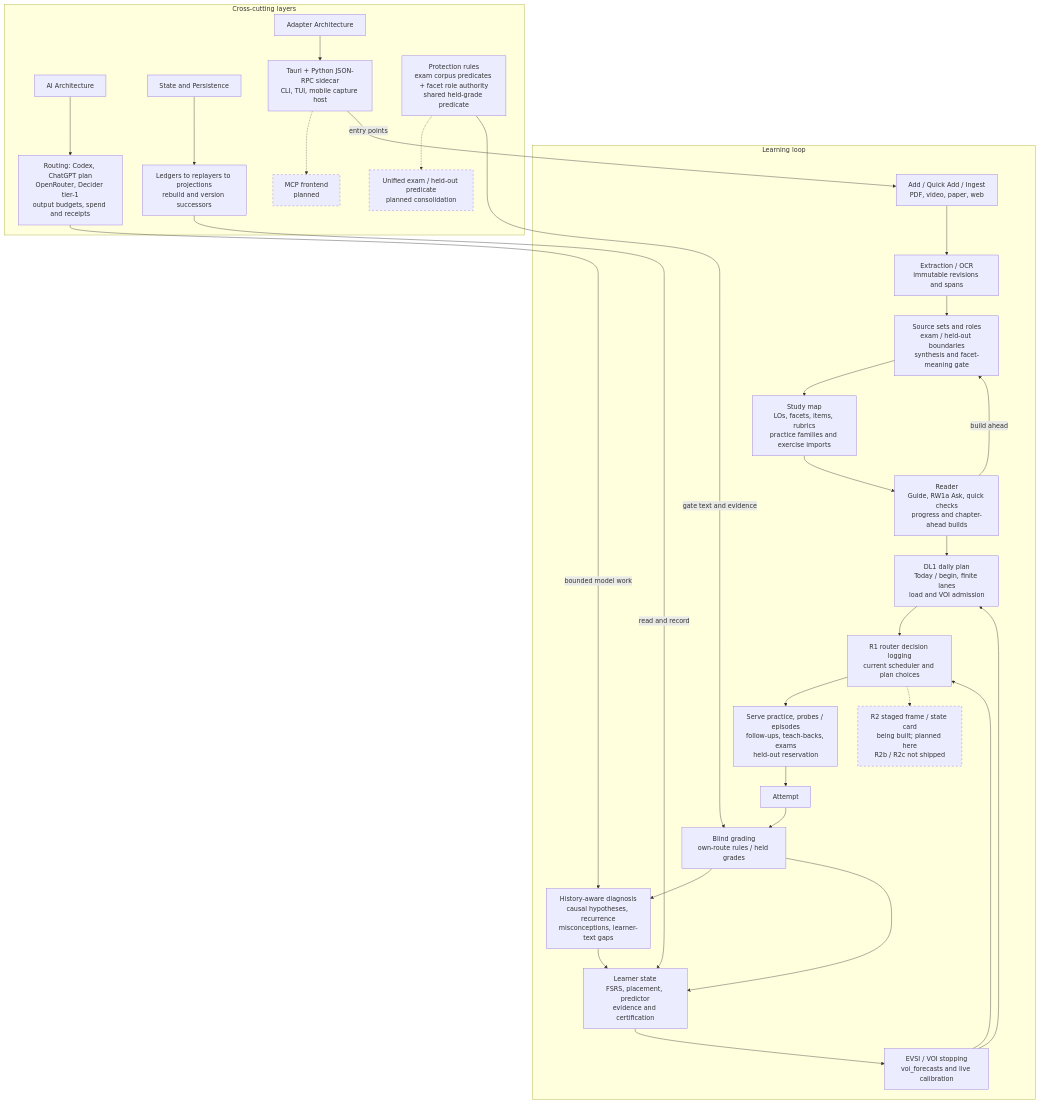
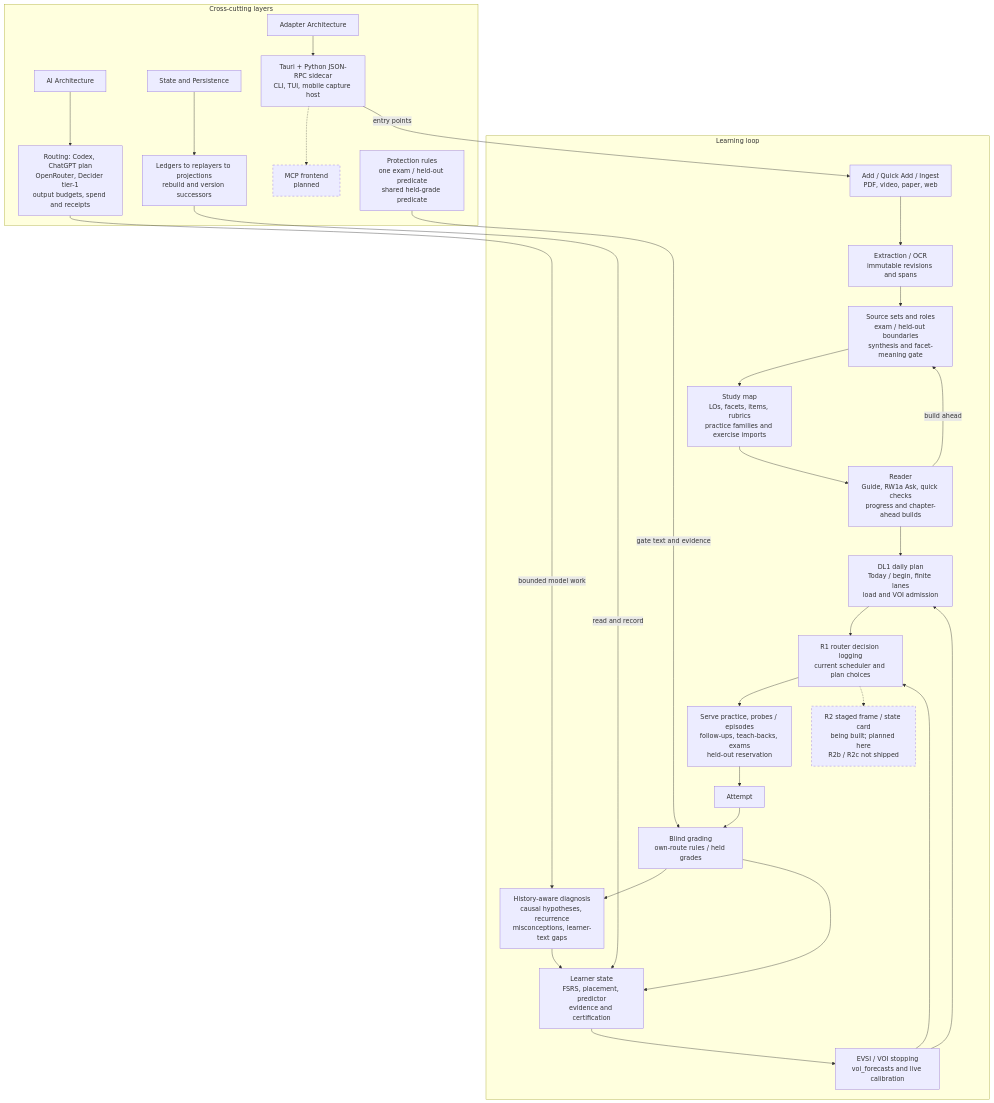
The first of 8 diagrams in docs/learnloop-architecture-vault/Maps/LearnLoop Pipeline Map.md (6up-b/learnanything), drawn with Mermaid before and after one commit. The commit also changed other lines of this file, not shown here.

Commit message:
Pipeline Map: exam protection is now one predicate (content/sources/exam_material.py)

````diff
--- a/docs/learnloop-architecture-vault/Maps/LearnLoop Pipeline Map.md
+++ b/docs/learnloop-architecture-vault/Maps/LearnLoop Pipeline Map.md
@@ -64,35 +65,34 @@
 ```mermaid
 flowchart TB
     subgraph LOOP[Learning loop]
         IN["Add / Quick Add / Ingest<br/>PDF, video, paper, web"] --> EX["Extraction / OCR<br/>immutable revisions and spans"]
         EX --> BUILD["Source sets and roles<br/>exam / held-out boundaries<br/>synthesis and facet-meaning gate"]
         BUILD --> MAP["Study map<br/>LOs, facets, items, rubrics<br/>practice families and exercise imports"]
         MAP --> READ["Reader<br/>Guide, RW1a Ask, quick checks<br/>progress and chapter-ahead builds"]
         READ --> PLAN["DL1 daily plan<br/>Today / begin, finite lanes<br/>load and VOI admission"]
         PLAN --> ROUTER["R1 router decision logging<br/>current scheduler and plan choices"]
         ROUTER --> SERVE["Serve practice, probes / episodes<br/>follow-ups, teach-backs, exams<br/>held-out reservation"]
         SERVE --> ATT["Attempt"] --> GRADE["Blind grading<br/>own-route rules / held grades"]
         GRADE --> DIAG["History-aware diagnosis<br/>causal hypotheses, recurrence<br/>misconceptions, learner-text gaps"]
         GRADE --> STATE["Learner state<br/>FSRS, placement, predictor<br/>evidence and certification"]
         DIAG --> STATE --> VOI["EVSI / VOI stopping<br/>voi_forecasts and live calibration"]
         VOI --> PLAN
         VOI --> ROUTER
         READ -->|build ahead| BUILD
         ROUTER -.-> R2["R2 staged frame / state card<br/>being built; planned here<br/>R2b / R2c not shipped"]
     end
     subgraph SIDE[Cross-cutting layers]
         AI["AI Architecture"] --> AID["Routing: Codex, ChatGPT plan<br/>OpenRouter, Decider tier-1<br/>output budgets, spend and receipts"]
         PERSIST["State and Persistence"] --> PD["Ledgers to replayers to projections<br/>rebuild and version successors"]
         ADAPT["Adapter Architecture"] --> AD["Tauri + Python JSON-RPC sidecar<br/>CLI, TUI, mobile capture host"]
         AD -.-> MCP["MCP frontend<br/>planned"]
-        GUARD["Protection rules<br/>exam corpus predicates + facet role authority<br/>shared held-grade predicate"]
-        GUARD -.-> ONE["Unified exam / held-out predicate<br/>planned consolidation"]
+        GUARD["Protection rules<br/>one exam / held-out predicate<br/>shared held-grade predicate"]
     end
     AID -->|bounded model work| DIAG
     PD -->|read and record| STATE
     AD -->|entry points| IN
     GUARD -->|gate text and evidence| GRADE
     class AI,PERSIST,ADAPT internal-link;
     classDef planned stroke-dasharray: 5 5;
-    class R2,MCP,ONE planned;
+    class R2,MCP planned;
 ```
````
